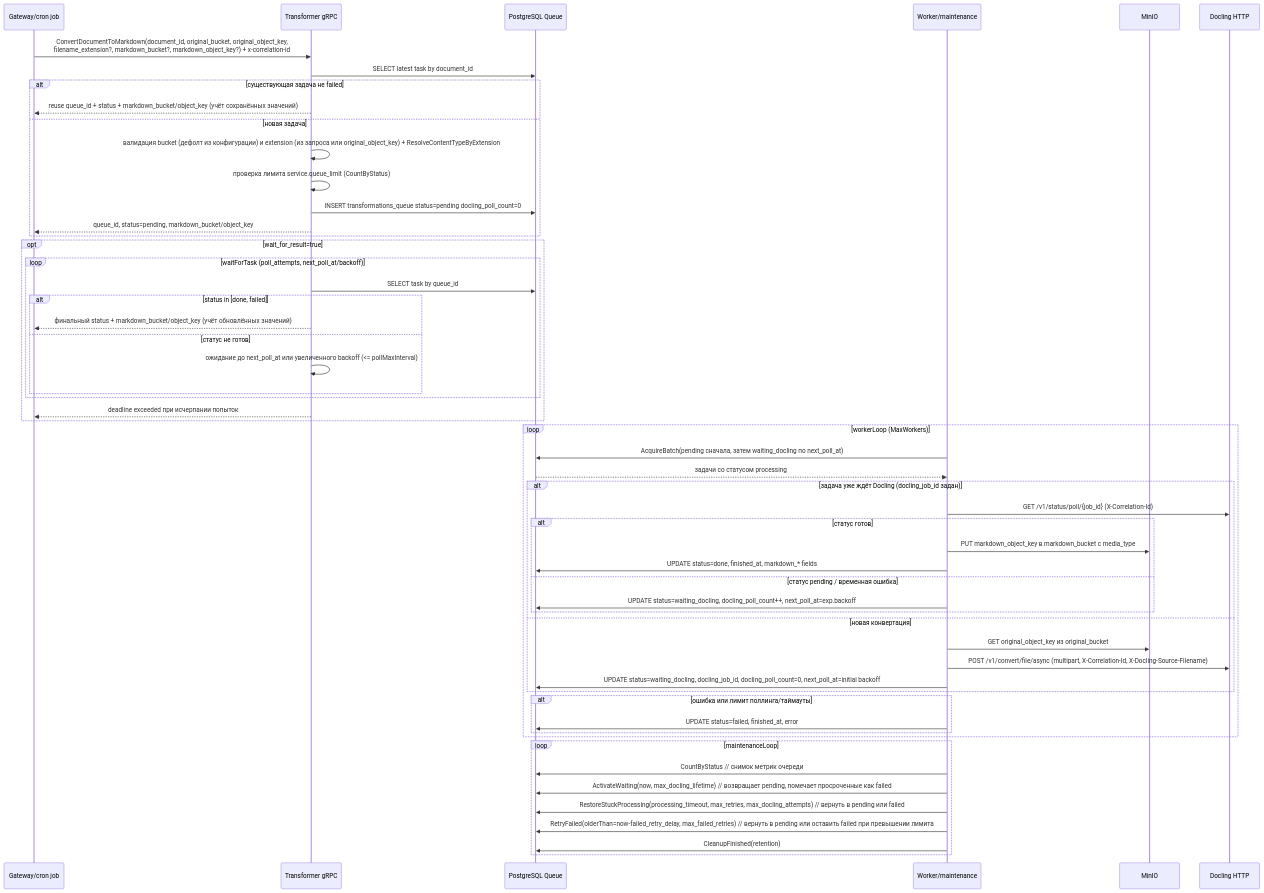
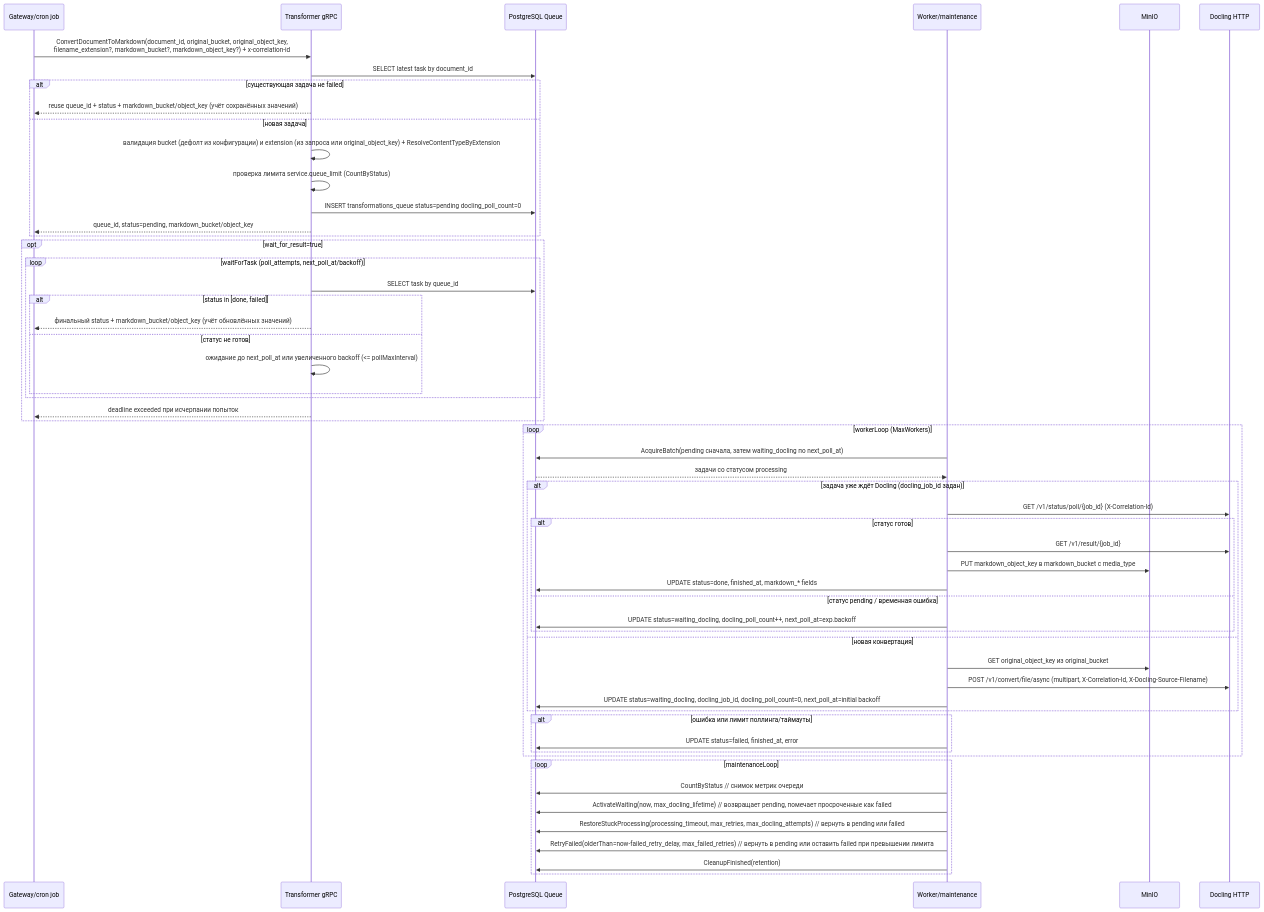
Before and after one commit to FedorovTeam/mono-repo: the first of 2 diagrams in backend/docling-transformer-service/sequence.md, drawn with Mermaid. The commit also changed other lines of this file, not shown here.

Commit message:
Update sequence diagrams

````diff
--- a/backend/docling-transformer-service/sequence.md
+++ b/backend/docling-transformer-service/sequence.md
@@ -3,60 +3,61 @@
 ```mermaid
 sequenceDiagram
     participant GW as Gateway/cron job
     participant TR as Transformer gRPC
     participant PG as PostgreSQL Queue
     participant WK as Worker/maintenance
     participant MN as MinIO
     participant DL as Docling HTTP
 
     GW->>TR: ConvertDocumentToMarkdown(document_id, original_bucket, original_object_key,<br/>filename_extension?, markdown_bucket?, markdown_object_key?) + x-correlation-id
     TR->>PG: SELECT latest task by document_id
     alt существующая задача не failed
         TR-->>GW: reuse queue_id + status + markdown_bucket/object_key (учёт сохранённых значений)
     else новая задача
         TR->>TR: валидация bucket (дефолт из конфигурации) и extension (из запроса или original_object_key) + ResolveContentTypeByExtension
         TR->>TR: проверка лимита service.queue_limit (CountByStatus)
         TR->>PG: INSERT transformations_queue status=pending docling_poll_count=0
         TR-->>GW: queue_id, status=pending, markdown_bucket/object_key
     end
     opt wait_for_result=true
         loop waitForTask (poll_attempts, next_poll_at/backoff)
             TR->>PG: SELECT task by queue_id
             alt status in [done, failed]
                 TR-->>GW: финальный status + markdown_bucket/object_key (учёт обновлённых значений)
             else статус не готов
                 TR->>TR: ожидание до next_poll_at или увеличенного backoff (<= pollMaxInterval)
             end
         end
         TR-->>GW: deadline exceeded при исчерпании попыток
     end
 
     loop workerLoop (MaxWorkers)
         WK->>PG: AcquireBatch(pending сначала, затем waiting_docling по next_poll_at)
         PG-->>WK: задачи со статусом processing
         alt задача уже ждёт Docling (docling_job_id задан)
             WK->>DL: GET /v1/status/poll/{job_id} (X-Correlation-Id)
             alt статус готов
+                WK->>DL: GET /v1/result/{job_id}
                 WK->>MN: PUT markdown_object_key в markdown_bucket c media_type
                 WK->>PG: UPDATE status=done, finished_at, markdown_* fields
             else статус pending / временная ошибка
                 WK->>PG: UPDATE status=waiting_docling, docling_poll_count++, next_poll_at=exp.backoff
             end
         else новая конвертация
             WK->>MN: GET original_object_key из original_bucket
             WK->>DL: POST /v1/convert/file/async (multipart, X-Correlation-Id, X-Docling-Source-Filename)
             WK->>PG: UPDATE status=waiting_docling, docling_job_id, docling_poll_count=0, next_poll_at=initial backoff
         end
         alt ошибка или лимит поллинга/таймауты
             WK->>PG: UPDATE status=failed, finished_at, error
         end
     end
 
     loop maintenanceLoop
         WK->>PG: CountByStatus // снимок метрик очереди
         WK->>PG: ActivateWaiting(now, max_docling_lifetime) // возвращает pending, помечает просроченные как failed
         WK->>PG: RestoreStuckProcessing(processing_timeout, max_retries, max_docling_attempts) // вернуть в pending или failed
         WK->>PG: RetryFailed(olderThan=now-failed_retry_delay, max_failed_retries) // вернуть в pending или оставить failed при превышении лимита
         WK->>PG: CleanupFinished(retention)
     end
 ```
````
